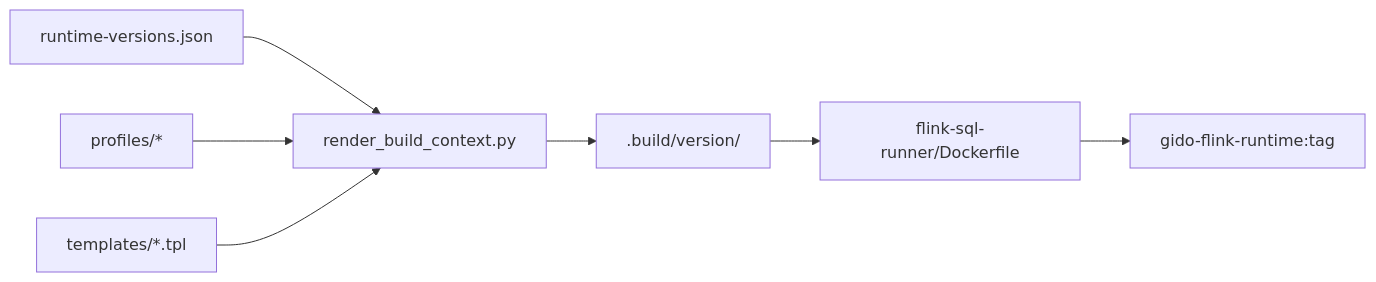
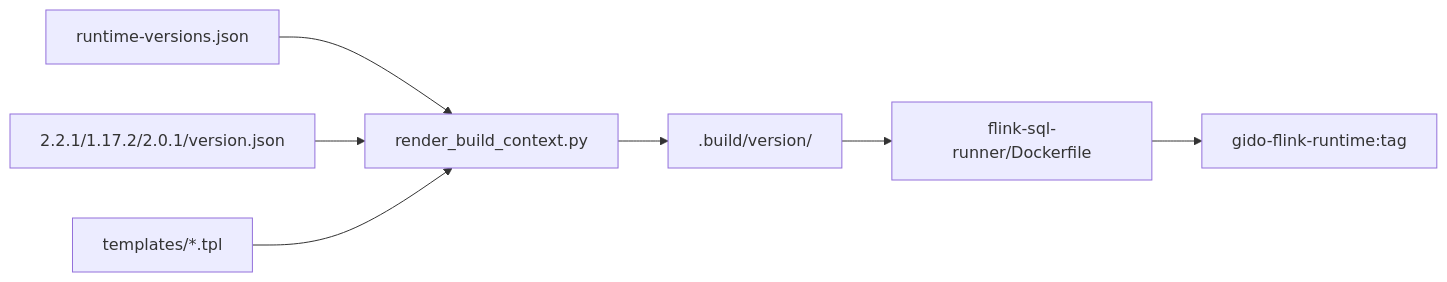
One commit to cloud-gido/gido changed the diagram in k8s/flink-runtime/ARCHITECTURE.md. Above: the diagram before and after it, drawn with Mermaid. The commit also changed other lines of this file and 26 other files, not shown here.

First line of the commit message:
refactor: split Flink runtime by base image version and expand dev-1 CI

````diff
--- a/k8s/flink-runtime/ARCHITECTURE.md
+++ b/k8s/flink-runtime/ARCHITECTURE.md
@@ -44,17 +42,17 @@
 ```mermaid
 flowchart LR
-  JSON[runtime-versions.json]
-  PROF[profiles/*]
+  IDX[runtime-versions.json]
+  VER[2.2.1/1.17.2/2.0.1/version.json]
   TPL[templates/*.tpl]
   RENDER[render_build_context.py]
   BUILD[.build/version/]
   DOCKER[flink-sql-runner/Dockerfile]
   IMG[gido-flink-runtime:tag]
 
-  JSON --> RENDER
-  PROF --> RENDER
+  IDX --> RENDER
+  VER --> RENDER
   TPL --> RENDER
   RENDER --> BUILD
   BUILD --> DOCKER
   DOCKER --> IMG
 ```
````
